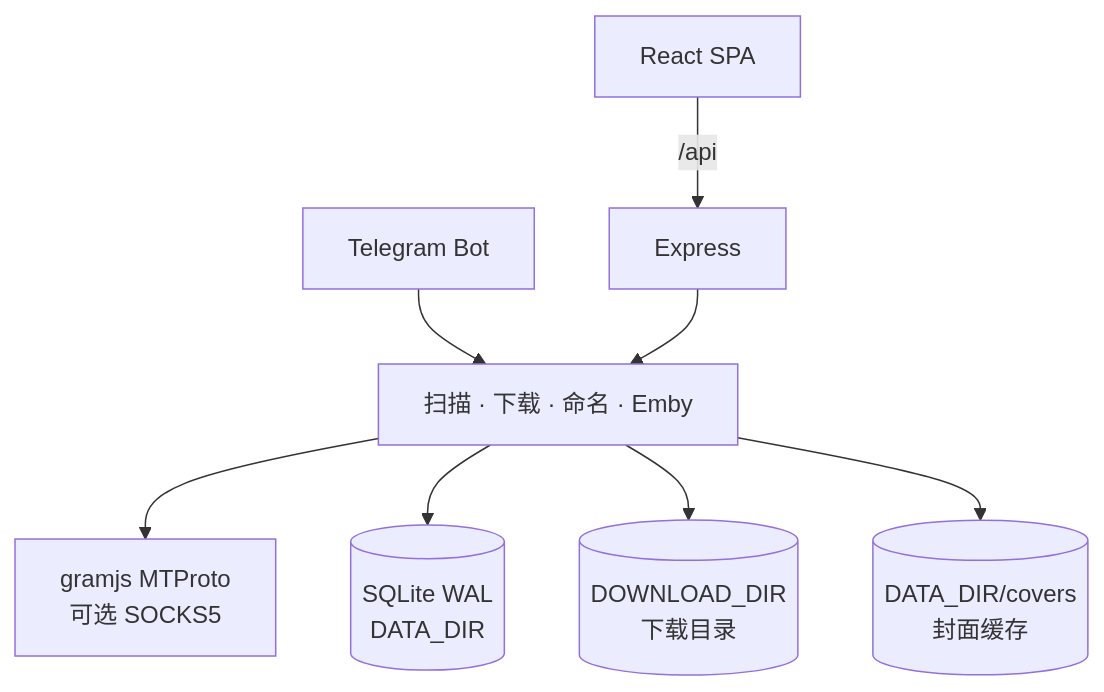
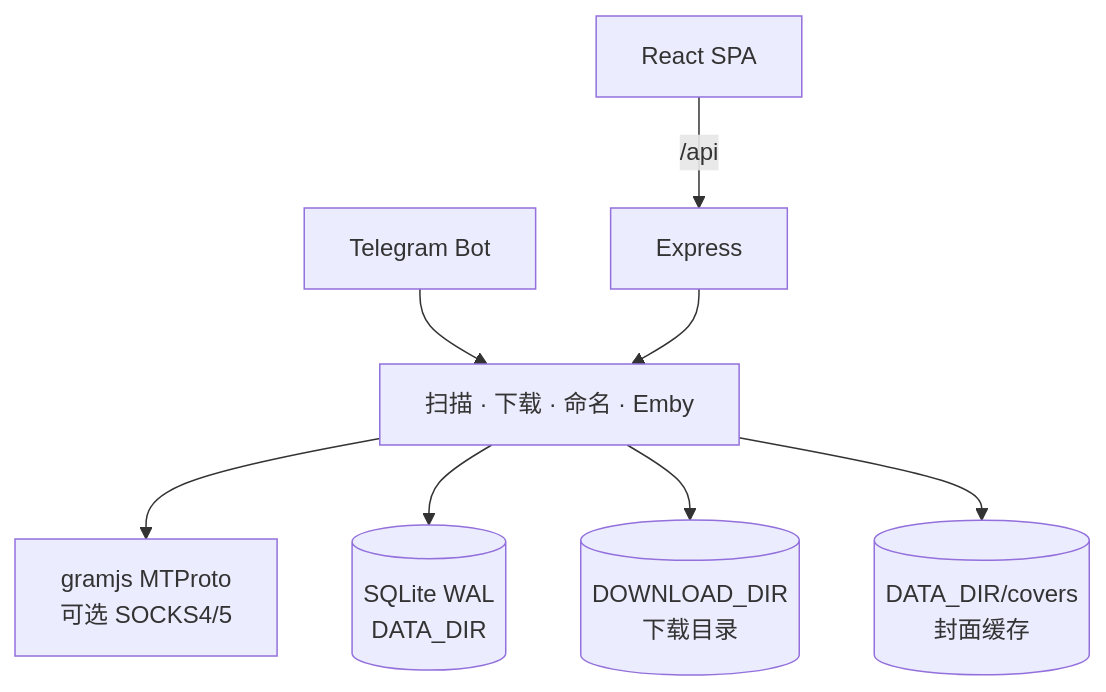
The second of 2 diagrams in PROJECT_DOC.md (RDevils7/tgsub), drawn with Mermaid before and after one commit. The commit also changed other lines of this file and 13 other files, not shown here.

````diff
--- a/PROJECT_DOC.md
+++ b/PROJECT_DOC.md
@@ -246,10 +246,10 @@
 ```mermaid
 flowchart TB
   UI[React SPA] -->|/api| API[Express]
   BOT[Telegram Bot] --> SVC
   API --> SVC[扫描 · 下载 · 命名 · Emby]
-  SVC --> TG[gramjs MTProto<br/>可选 SOCKS5]
+  SVC --> TG[gramjs MTProto<br/>可选 SOCKS4/5]
   SVC --> DB[(SQLite WAL<br/>DATA_DIR)]
   SVC --> FS[(DOWNLOAD_DIR<br/>下载目录)]
   SVC --> CV[(DATA_DIR/covers<br/>封面缓存)]
 ```
````
